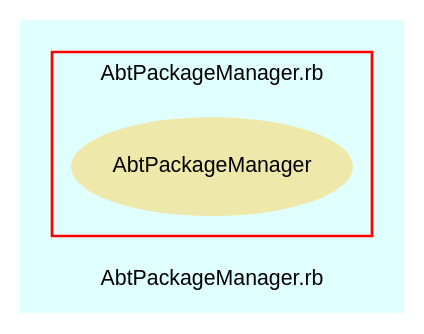
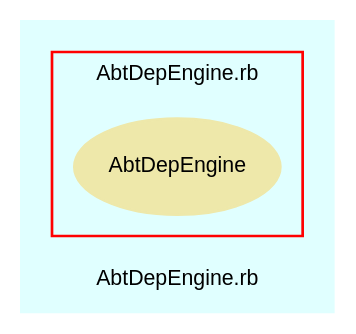
One commit to eschabell/abtlinux changed the diagram in src/trunk/doc/dot/f_0.dot. Above: the diagram before and after it, drawn with Graphviz. The commit also changed 52 other files, not shown here.

Commit message:
Added test cases for AbtPackageMananger to suite, generated docs.

```diff
--- a/src/trunk/doc/dot/f_0.dot
+++ b/src/trunk/doc/dot/f_0.dot
@@ -1,28 +1,28 @@
 digraph TopLevel {
     compound = true
     bgcolor = lightcyan1
     fontname = Arial
     fontsize = 8
-    label = "AbtPackageManager.rb"
+    label = "AbtDepEngine.rb"
     node [
         fontname = Arial,
         fontsize = 8,
         color = black
     ]
 
     subgraph cluster_1 {
         fontname = Arial
         color = red
-        label = "AbtPackageManager.rb"
-        AbtPackageManager [
+        label = "AbtDepEngine.rb"
+        AbtDepEngine [
             fontcolor = black,
-            URL = "classes/AbtPackageManager.html",
+            URL = "classes/AbtDepEngine.html",
             shape = ellipse,
             color = palegoldenrod,
             style = filled,
-            label = "AbtPackageManager"
+            label = "AbtDepEngine"
         ]
 
     }
 
 }
```
